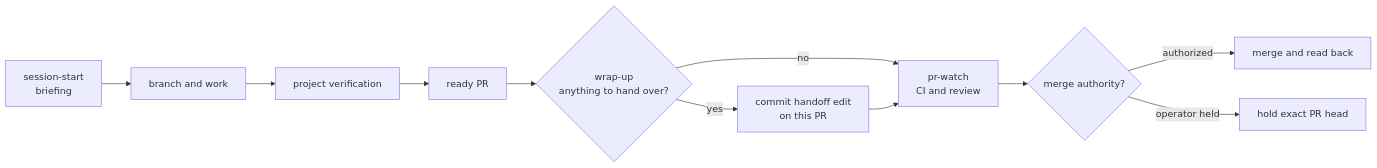
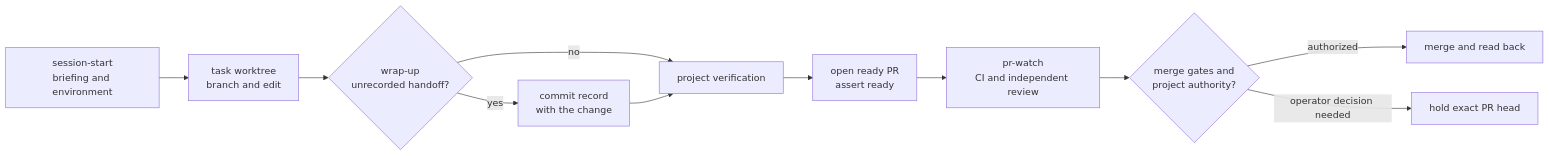
Before and after one commit to topij/agentic-dev-kit: the diagram in docs/developer-guide.md, drawn with Mermaid. The commit also changed other lines of this file and 3 other files, not shown here.

Commit message:
docs: refresh worktree, review and cleanup guides (#1217)

````diff
--- a/docs/developer-guide.md
+++ b/docs/developer-guide.md
@@ -58,13 +66,13 @@
 ```mermaid
 flowchart LR
-    Brief["session-start<br/>briefing"] --> Branch["branch and work"]
-    Branch --> Verify["project verification"]
-    Verify --> PR["ready PR"]
-    PR --> Wrap{"wrap-up<br/>anything to hand over?"}
-    Wrap -->|yes| Record["commit handoff edit<br/>on this PR"]
-    Wrap -->|no| Watch
-    Record --> Watch["pr-watch<br/>CI and review"]
-    Watch --> Authority{"merge authority?"}
+    Brief["session-start<br/>briefing and environment"] --> Task["task worktree<br/>branch and edit"]
+    Task --> Wrap{"wrap-up<br/>unrecorded handoff?"}
+    Wrap -->|yes| Record["commit record<br/>with the change"]
+    Wrap -->|no| Verify
+    Record --> Verify["project verification"]
+    Verify --> PR["open ready PR<br/>assert ready"]
+    PR --> Watch["pr-watch<br/>CI and independent review"]
+    Watch --> Authority{"merge gates and<br/>project authority?"}
     Authority -->|authorized| Merge["merge and read back"]
-    Authority -->|operator held| Hold["hold exact PR head"]
+    Authority -->|operator decision needed| Hold["hold exact PR head"]
 ```
````
